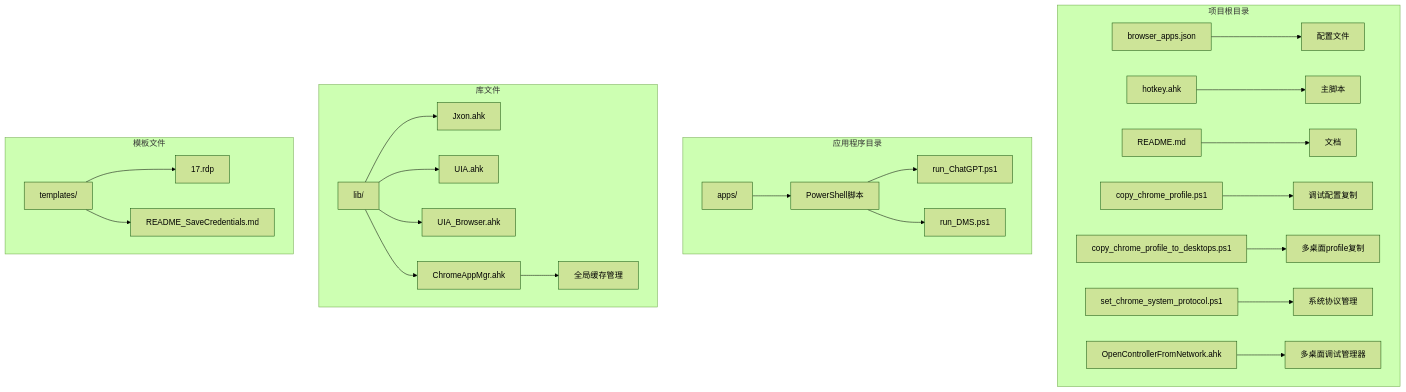
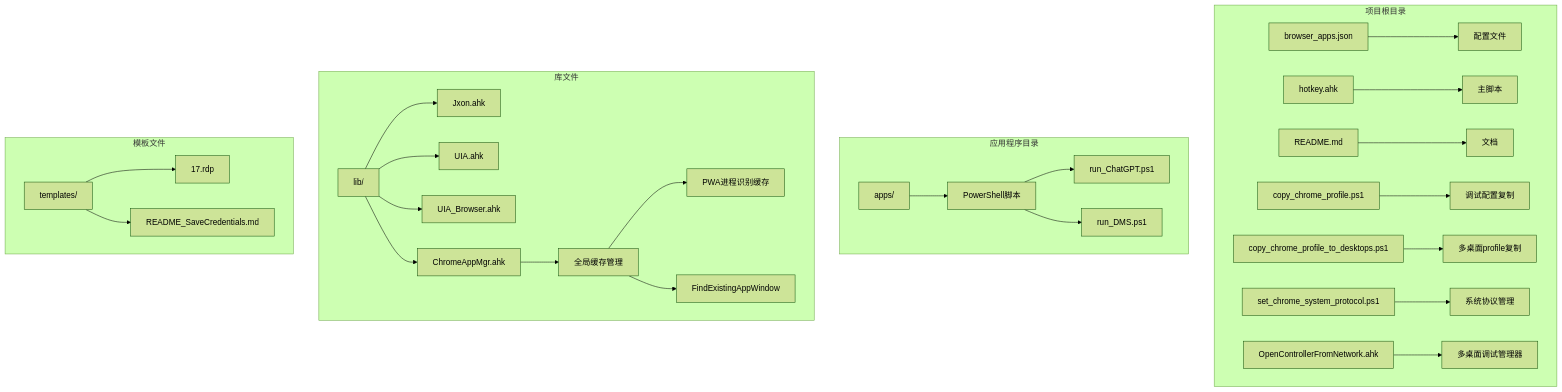
Before and after one commit to wangys-123doit/hotkey: the first of 18 diagrams in .qoder/repowiki/zh/content/核心功能/浏览器应用管理.md, drawn with Mermaid (forest theme). The commit also changed other lines of this file and 14 other files, not shown here.

````diff
--- a/.qoder/repowiki/zh/content/核心功能/浏览器应用管理.md
+++ b/.qoder/repowiki/zh/content/核心功能/浏览器应用管理.md
@@ -75,28 +74,30 @@
 ```mermaid
 graph TB
 subgraph "项目根目录"
 A[browser_apps.json] --> B[配置文件]
 C[hotkey.ahk] --> D[主脚本]
 E[README.md] --> F[文档]
 G[copy_chrome_profile.ps1] --> H[调试配置复制]
 I[copy_chrome_profile_to_desktops.ps1] --> J[多桌面profile复制]
 K[set_chrome_system_protocol.ps1] --> L[系统协议管理]
 M[OpenControllerFromNetwork.ahk] --> N[多桌面调试管理器]
 end
 subgraph "应用程序目录"
 O[apps/] --> P[PowerShell脚本]
 P --> Q[run_ChatGPT.ps1]
 P --> R[run_DMS.ps1]
 end
 subgraph "库文件"
 S[lib/] --> T[Jxon.ahk]
 S --> U[UIA.ahk]
 S --> V[UIA_Browser.ahk]
 S --> W[ChromeAppMgr.ahk]
 W --> X[全局缓存管理]
+X --> Y[PWA进程识别缓存]
+X --> Z[FindExistingAppWindow]
 end
 subgraph "模板文件"
-Y[templates/] --> Z[17.rdp]
-Y --> AA[README_SaveCredentials.md]
+AA[templates/] --> BB[17.rdp]
+AA --> CC[README_SaveCredentials.md]
 end
 ```
````
